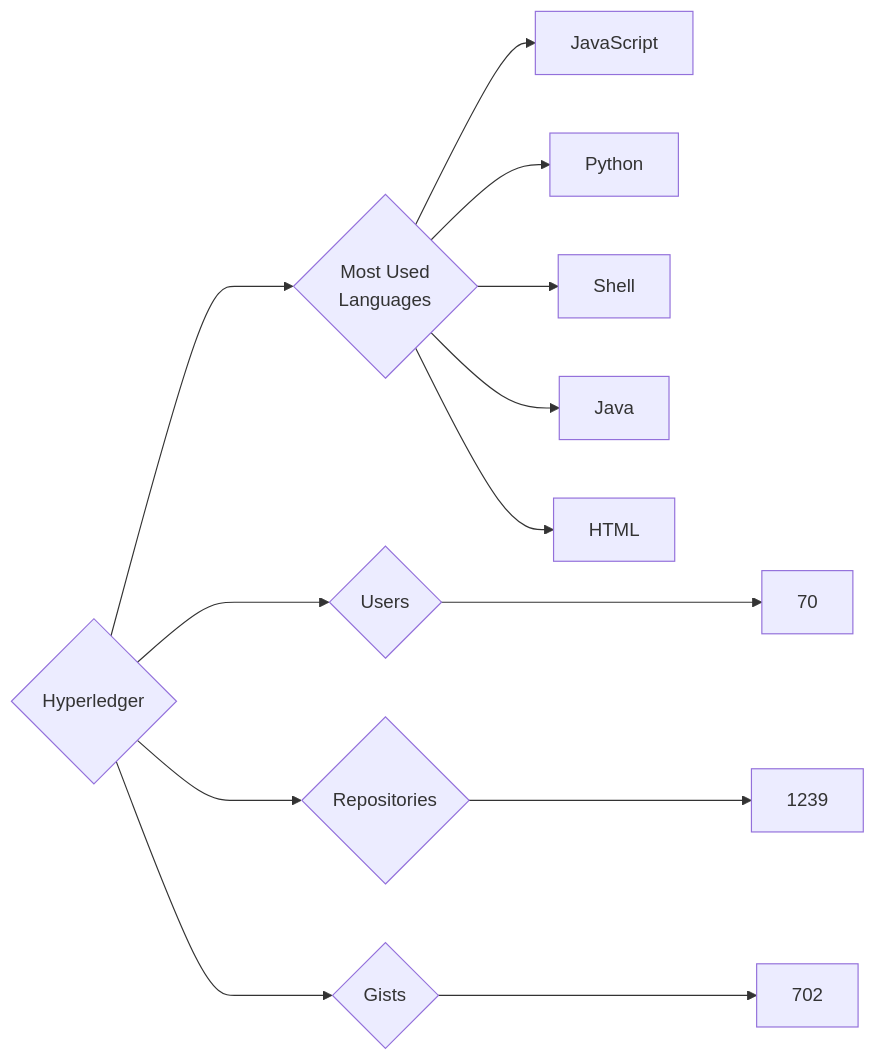
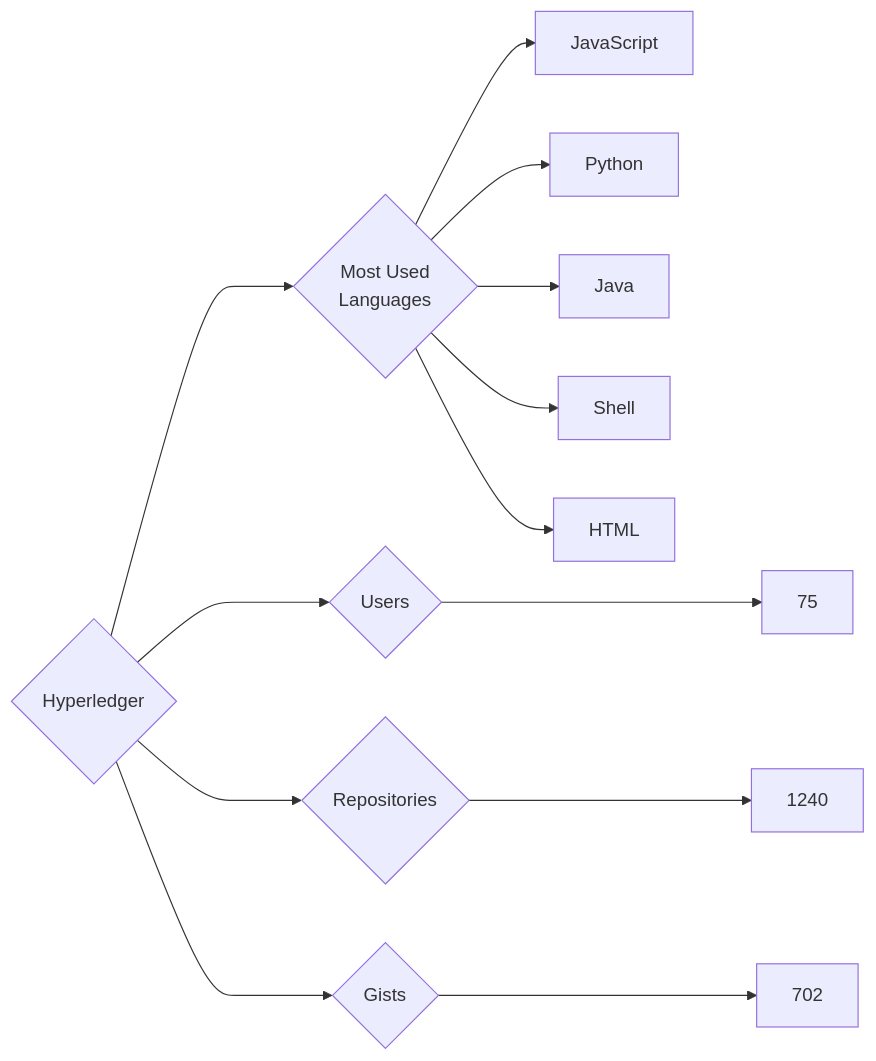
One commit to trickest/insiders changed the diagram in targets/Hyperledger/README.md. Above: the diagram before and after it, drawn with Mermaid. The commit also changed 1195 other files, not shown here.

````diff
--- a/targets/Hyperledger/README.md
+++ b/targets/Hyperledger/README.md
@@ -3,13 +3,13 @@
 ```mermaid
 graph LR
 COMPANY_NAME{Hyperledger}
-COMPANY_NAME ---> U{Users} ---> UN[70]
-COMPANY_NAME ---> R{Repositories} ---> RN[1239]
+COMPANY_NAME ---> U{Users} ---> UN[75]
+COMPANY_NAME ---> R{Repositories} ---> RN[1240]
 COMPANY_NAME ---> G{Gists} ---> GN[702]
 COMPANY_NAME ---> ML{Most Used<br>Languages}
 ML --> JavaScript[JavaScript]
 ML --> Python[Python]
+ML --> Java[Java]
 ML --> Shell[Shell]
-ML --> Java[Java]
 ML --> HTML[HTML]
 ```
````
